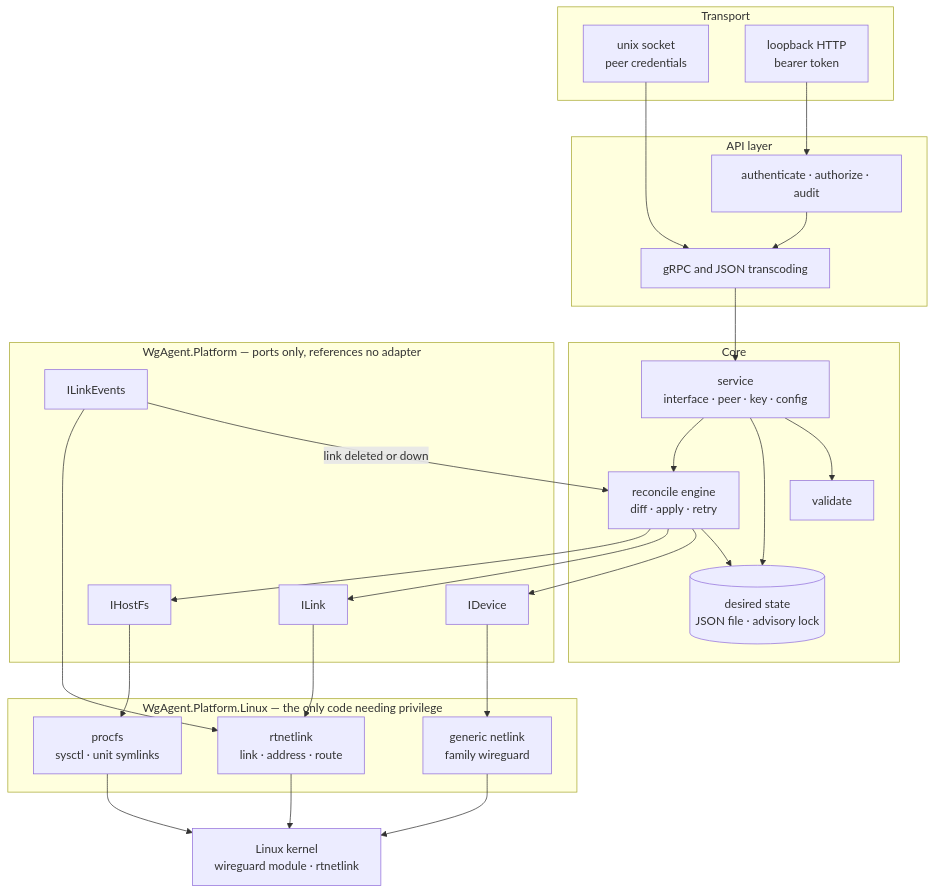
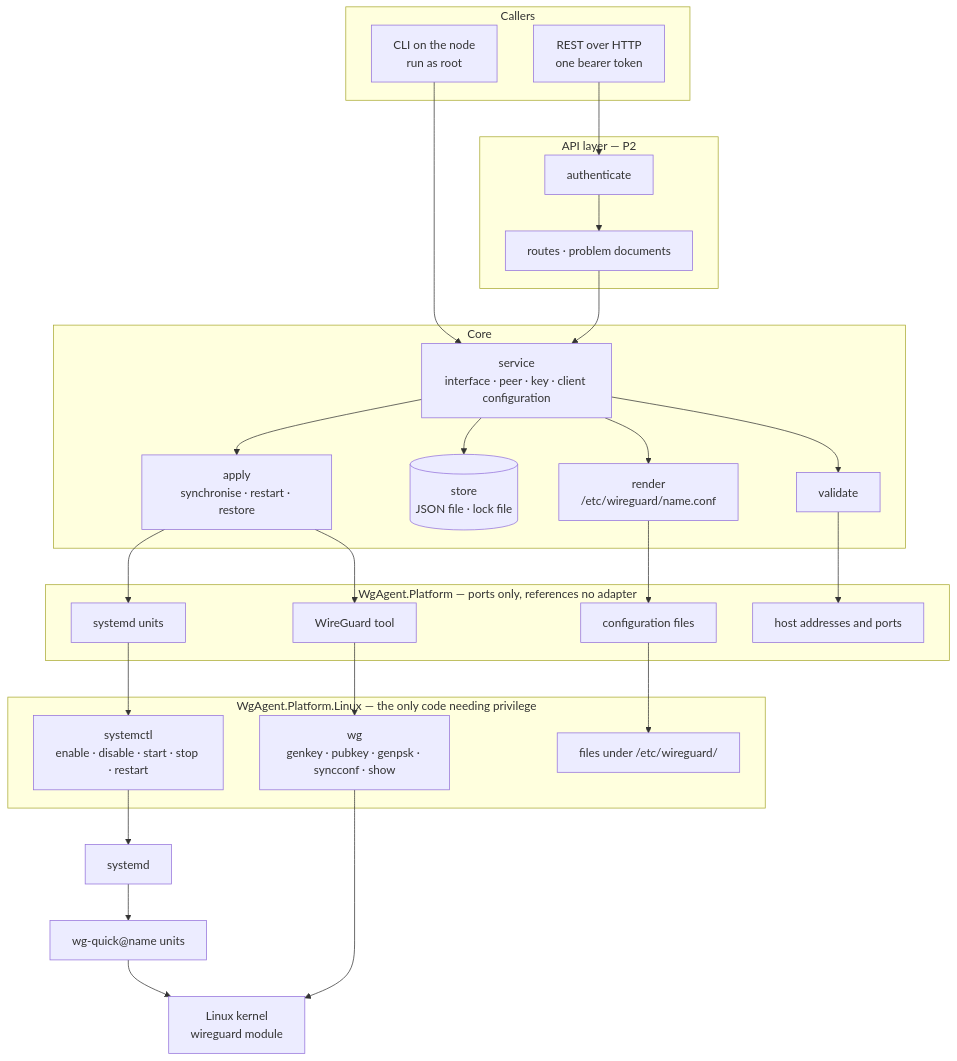
Before and after one commit to vinh466/wg-agent: the first of 2 diagrams in docs/00-overview/architecture.md, drawn with Mermaid. The commit also changed other lines of this file and 16 other files, not shown here.

````diff
--- a/docs/00-overview/architecture.md
+++ b/docs/00-overview/architecture.md
@@ -8,54 +12,57 @@
 ```mermaid
 flowchart TB
-    subgraph transport["Transport"]
-        sock["unix socket<br/>peer credentials"]
-        http["loopback HTTP<br/>bearer token"]
+    subgraph callers["Callers"]
+        cli["CLI on the node<br/>run as root"]
+        http["REST over HTTP<br/>one bearer token"]
     end
 
-    subgraph apilayer["API layer"]
-        au["authenticate · authorize · audit"]
-        rpc["gRPC and JSON transcoding"]
+    subgraph apilayer["API layer — P2"]
+        au["authenticate"]
+        rt["routes · problem documents"]
     end
 
     subgraph corelayer["Core"]
-        svc["service<br/>interface · peer · key · config"]
+        svc["service<br/>interface · peer · key · client configuration"]
         val["validate"]
-        st[("desired state<br/>JSON file · advisory lock")]
-        eng["reconcile engine<br/>diff · apply · retry"]
+        st[("store<br/>JSON file · lock file")]
+        rnd["render<br/>/etc/wireguard/name.conf"]
+        apl["apply<br/>synchronise · restart · restore"]
     end
 
     subgraph portlayer["WgAgent.Platform — ports only, references no adapter"]
-        pdev["IDevice"]
-        plink["ILink"]
-        pevt["ILinkEvents"]
-        phost["IHostFs"]
+        pwg["WireGuard tool"]
+        punit["systemd units"]
+        pfile["configuration files"]
+        phost["host addresses and ports"]
     end
 
     subgraph adapterlayer["WgAgent.Platform.Linux — the only code needing privilege"]
-        gnl["generic netlink<br/>family wireguard"]
-        rtnl["rtnetlink<br/>link · address · route"]
-        proc["procfs<br/>sysctl · unit symlinks"]
+        wg["wg<br/>genkey · pubkey · genpsk · syncconf · show"]
+        sctl["systemctl<br/>enable · disable · start · stop · restart"]
+        fs["files under /etc/wireguard/"]
     end
 
-    kern["Linux kernel<br/>wireguard module · rtnetlink"]
+    sysd["systemd"]
+    wgq["wg-quick@name units"]
+    kern["Linux kernel<br/>wireguard module"]
 
-    sock --> rpc
+    cli --> svc
     http --> au
-    au --> rpc
-    rpc --> svc
+    au --> rt
+    rt --> svc
     svc --> val
     svc --> st
-    svc --> eng
-    eng --> st
-    eng --> pdev
-    eng --> plink
-    eng --> phost
-    pevt -- "link deleted or down" --> eng
-    pdev --> gnl
-    plink --> rtnl
-    pevt --> rtnl
-    phost --> proc
-    gnl --> kern
-    rtnl --> kern
-    proc --> kern
+    svc --> rnd
+    svc --> apl
+    apl --> pwg
+    apl --> punit
+    rnd --> pfile
+    val --> phost
+    pwg --> wg
+    punit --> sctl
+    pfile --> fs
+    sctl --> sysd
+    sysd --> wgq
+    wgq --> kern
+    wg --> kern
 ```
````
